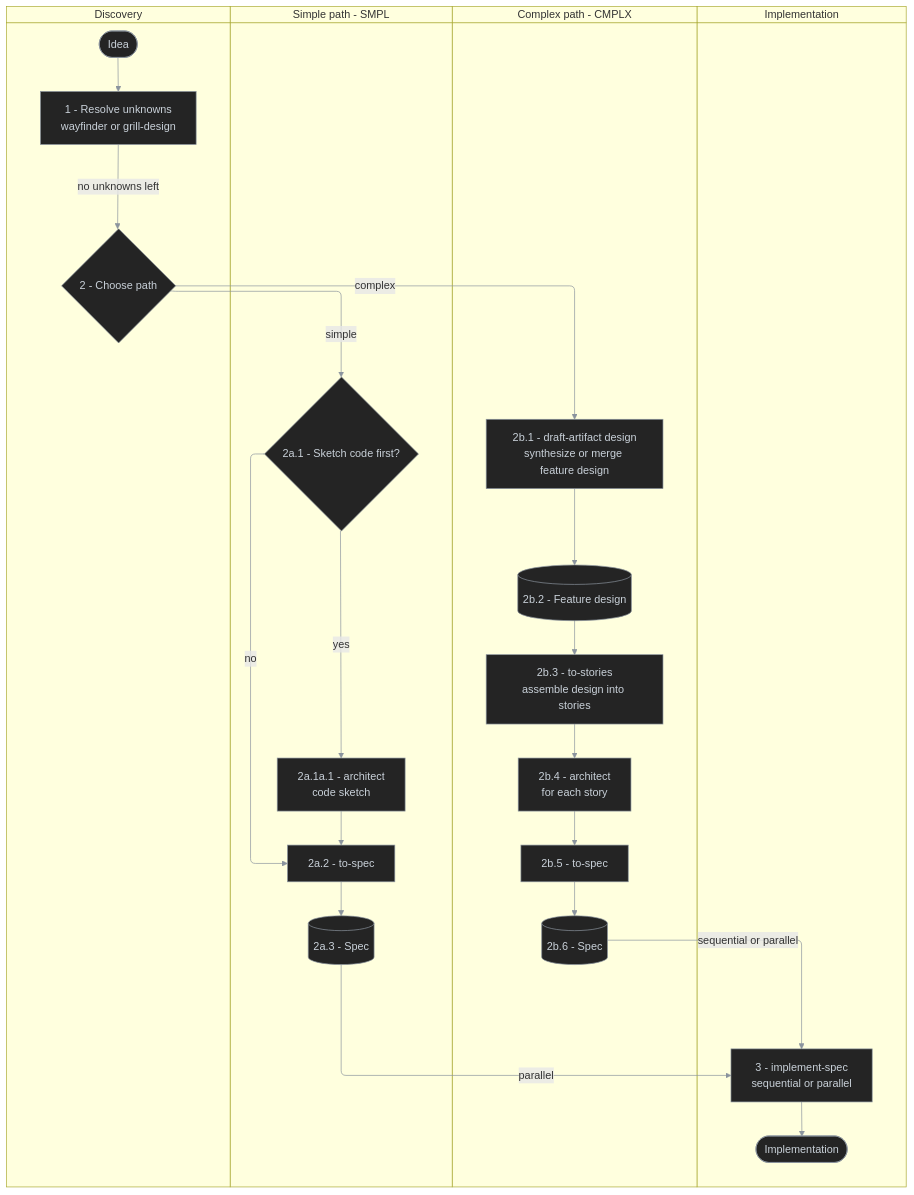
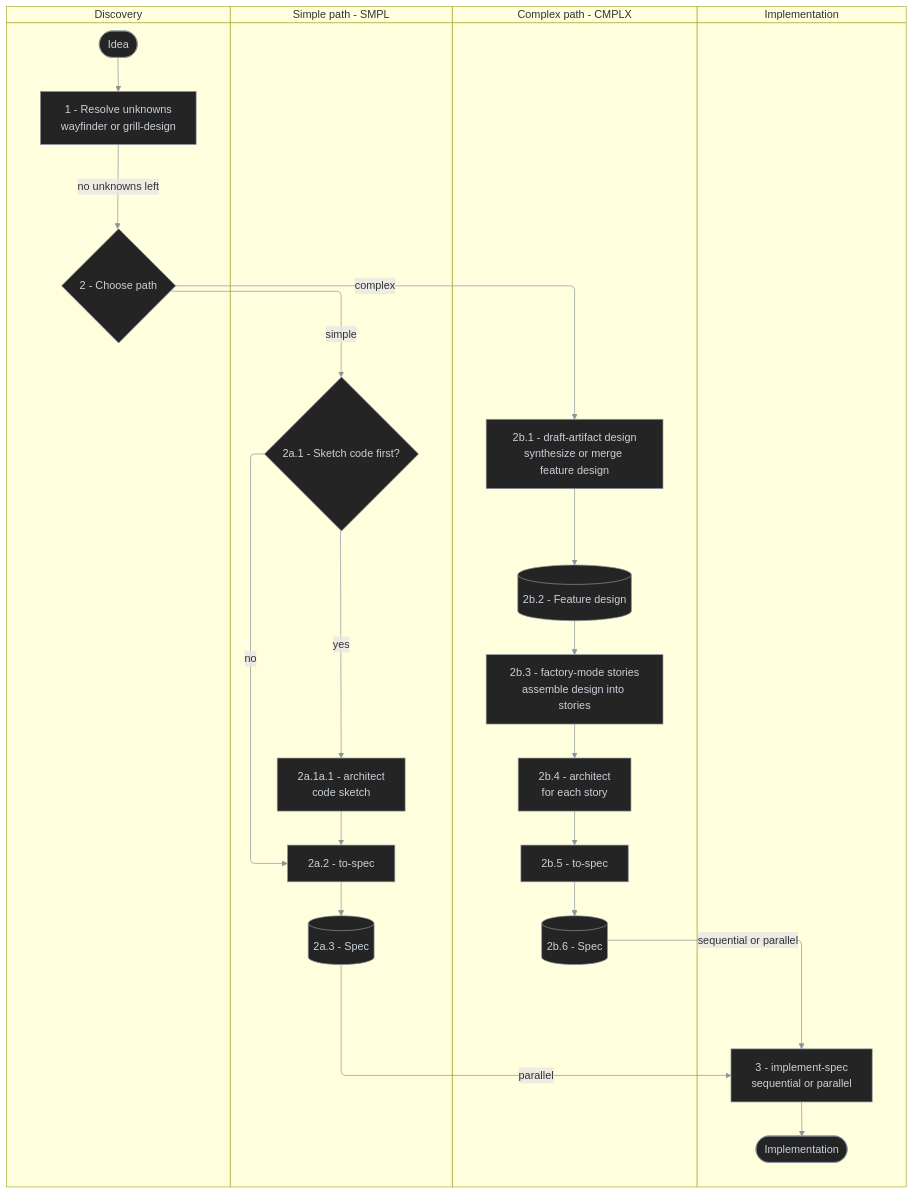
Before and after one commit to antshc/brain: the first of 4 diagrams in plugins/wf/README.md, drawn with Mermaid. The commit also changed other lines of this file and 8 other files, not shown here.

Commit message:
refactor(factory-mode): move story breakdown into playbook

````diff
--- a/plugins/wf/README.md
+++ b/plugins/wf/README.md
@@ -28,44 +28,44 @@
 ```mermaid
 %%{init: {'themeVariables': {'lineColor': '#8b949e'}}}%%
 %% diagram-id: wf-idea-to-implementation-swimlane
 swimlane-beta TB
   accTitle: Idea to implementation responsibility
   accDescr: Shows discovery choosing a simple or complex path, each producing a spec that implement-spec turns into an implementation.
 
   subgraph discovery [Discovery]
     idea([Idea])
     resolve[1 - Resolve unknowns<br/>wayfinder or grill-design]
     choosePath{2 - Choose path}
   end
 
   subgraph simple [Simple path - SMPL]
     sketchFirst{2a.1 - Sketch code first?}
     smplArchitect[2a.1a.1 - architect<br/>code sketch]
     smplToSpec[2a.2 - to-spec]
     smplSpec[(2a.3 - Spec)]
   end
 
   subgraph complex [Complex path - CMPLX]
     toZdesign[2b.1 - draft-artifact design<br/>synthesize or merge feature design]
     design[(2b.2 - Feature design)]
-    toStories[2b.3 - to-stories<br/>assemble design into stories]
+    toStories[2b.3 - factory-mode stories<br/>assemble design into stories]
     cmplxArchitect[2b.4 - architect<br/>for each story]
     cmplxToSpec[2b.5 - to-spec]
     cmplxSpec[(2b.6 - Spec)]
   end
 
   subgraph implementation [Implementation]
     implementSpec[3 - implement-spec<br/>sequential or parallel]
     done([Implementation])
   end
 
   idea --> resolve -->|no unknowns left| choosePath
   choosePath -->|simple| sketchFirst
   sketchFirst -->|no| smplToSpec
   sketchFirst -->|yes| smplArchitect --> smplToSpec
   smplToSpec --> smplSpec -->|parallel| implementSpec
   choosePath -->|complex| toZdesign --> design --> toStories --> cmplxArchitect --> cmplxToSpec --> cmplxSpec -->|sequential or parallel| implementSpec
   implementSpec --> done
 
   classDef default fill:#242424,stroke:#8b949e,color:#c9d1d9,stroke-width:1px
 ```
````
